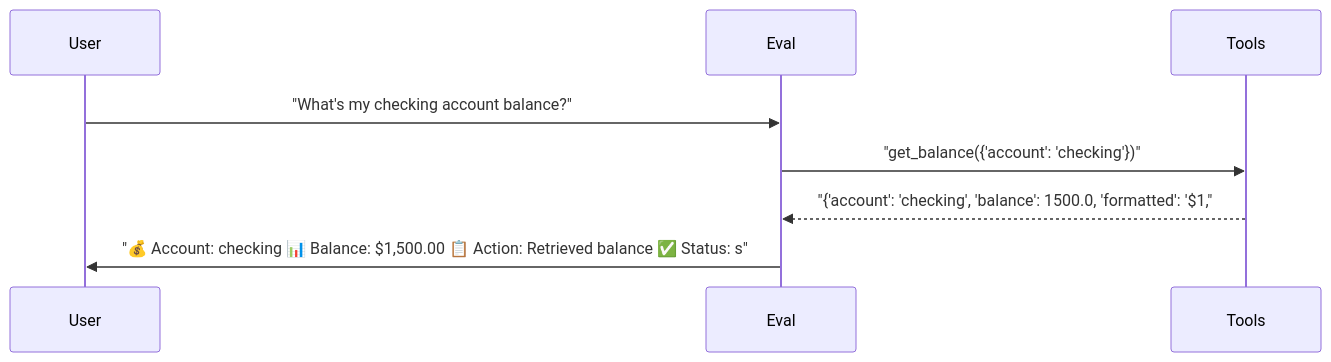
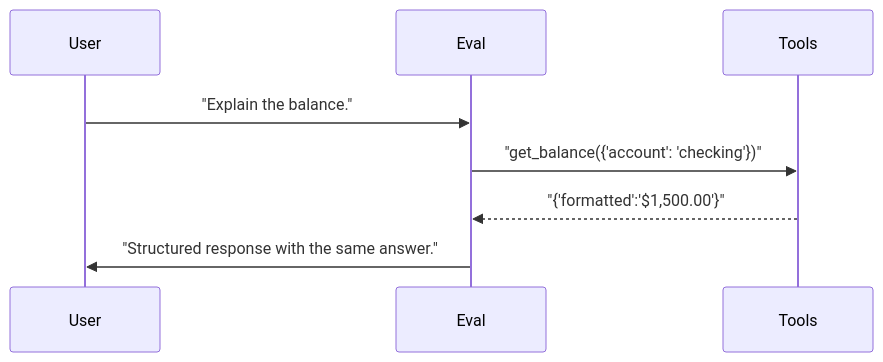
One commit to sbroenne/pytest-skill-engineering changed the third of 3 diagrams in docs/reports/05_prompt_comparison.md. Above: the diagram before and after it, drawn with Mermaid. The commit also changed other lines of this file and 137 other files, not shown here.

````diff
--- a/docs/reports/05_prompt_comparison.md
+++ b/docs/reports/05_prompt_comparison.md
@@ -241,11 +125,11 @@
 ```mermaid
 sequenceDiagram
     participant User
     participant Eval
     participant Tools
 
-    User->>Eval: "What's my checking account balance?"
+    User->>Eval: "Explain the balance."
     Eval->>Tools: "get_balance({'account': 'checking'})"
-    Tools-->>Eval: "{'account': 'checking', 'balance': 1500.0, 'formatted': '$1,"
-    Eval->>User: "💰 Account: checking 📊 Balance: $1,500.00 📋 Action: Retrieved balance ✅ Status: s"
+    Tools-->>Eval: "{'formatted':'$1,500.00'}"
+    Eval->>User: "Structured response with the same answer."
 ```
````
